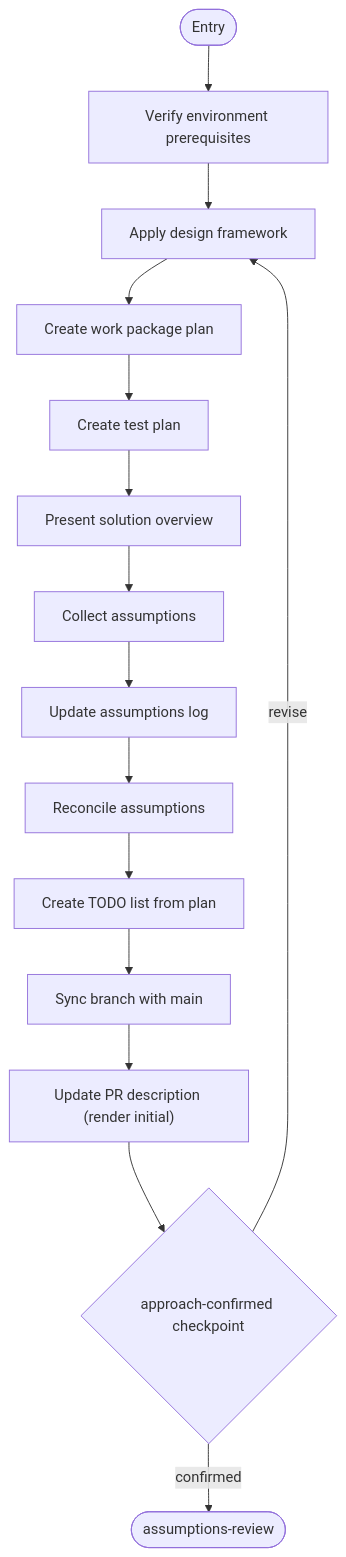
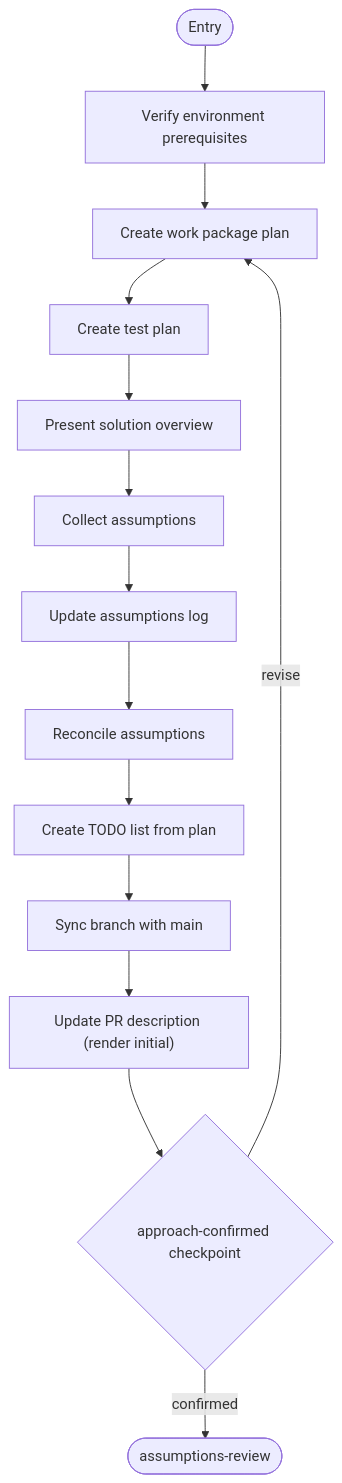
Before and after one commit to m2ux/workflow-server: the sixth of 14 diagrams in work-package/activities/README.md, drawn with Mermaid. The commit also changed other lines of this file and 16 other files, not shown here.

First line of the commit message:
docs: eliminate prose + mermaid staleness in migrated workflow READMEs

````diff
--- a/work-package/activities/README.md
+++ b/work-package/activities/README.md
@@ -416,17 +398,16 @@
 ```mermaid
 graph TD
     entryNode(["Entry"]) --> envPrereqs["Verify environment prerequisites"]
-    envPrereqs --> applyDesign["Apply design framework"]
-    applyDesign --> createPlan["Create work package plan"]
+    envPrereqs --> createPlan["Create work package plan"]
     createPlan --> createTestPlan["Create test plan"]
     createTestPlan --> solutionOverview["Present solution overview"]
     solutionOverview --> collectAssumptions["Collect assumptions"]
     collectAssumptions --> updateLog["Update assumptions log"]
     updateLog --> reconcile["Reconcile assumptions"]
     reconcile --> createTodos["Create TODO list from plan"]
     createTodos --> syncBranch["Sync branch with main"]
     syncBranch --> updatePR["Update PR description (render initial)"]
     updatePR --> cpApproach{"approach-confirmed checkpoint"}
     cpApproach -->|"confirmed"| exitNode(["assumptions-review"])
-    cpApproach -->|"revise"| applyDesign
+    cpApproach -->|"revise"| createPlan
 ```
````
